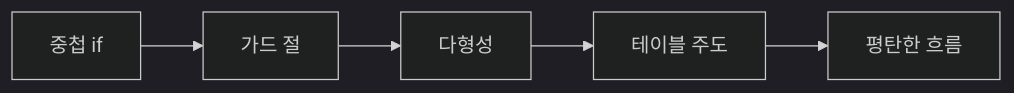
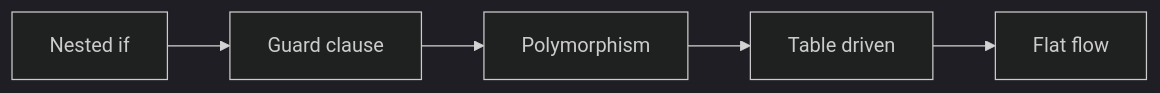
Before and after one commit to yeongseon-books/book-content: the diagram in content/clean-code-101/ko/04-simplifying-conditionals.md, drawn with Mermaid (dark theme). The commit also changed other lines of this file and 9 other files, not shown here.

````diff
--- a/content/clean-code-101/ko/04-simplifying-conditionals.md
+++ b/content/clean-code-101/ko/04-simplifying-conditionals.md
@@ -40,7 +46,7 @@
 ```mermaid
 flowchart LR
-    N["중첩 if"] --> G["가드 절"]
-    G --> P["다형성"]
-    P --> T["테이블 주도"]
-    T --> R["평탄한 흐름"]
+    N["Nested if"] --> G["Guard clause"]
+    G --> P["Polymorphism"]
+    P --> T["Table driven"]
+    T --> R["Flat flow"]
 ```
````
